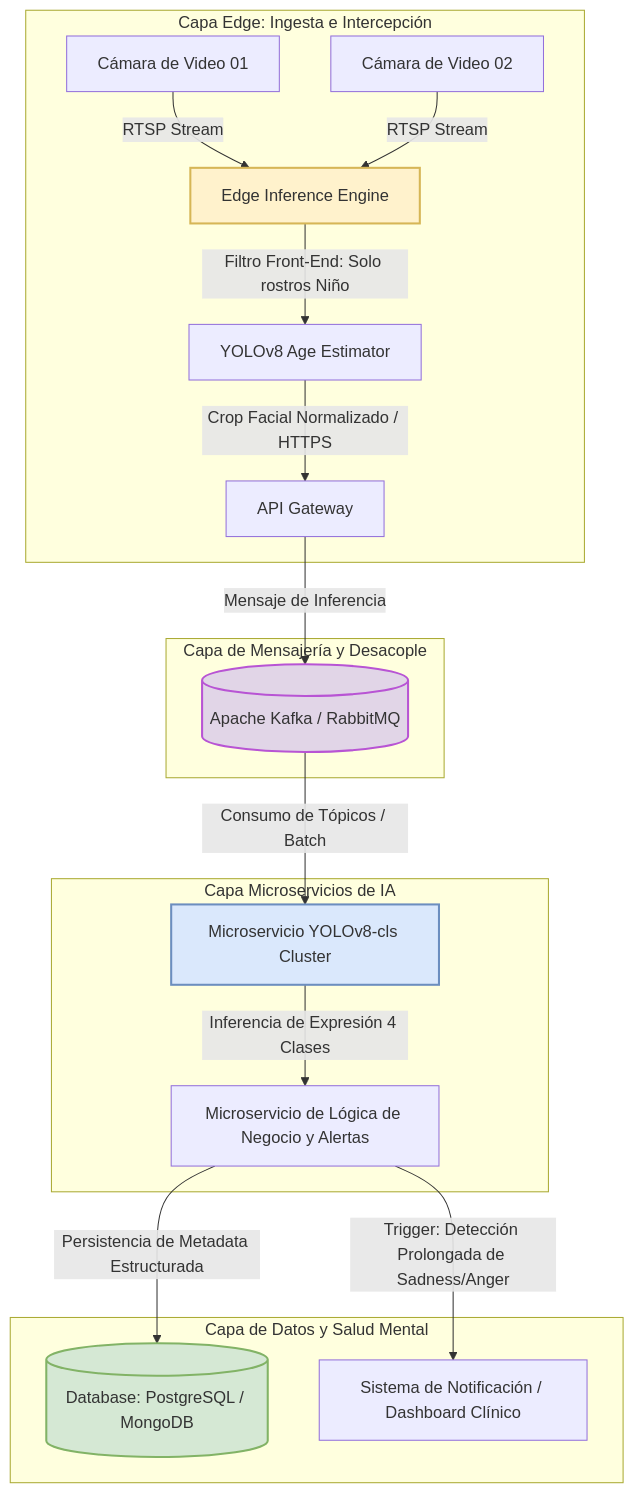
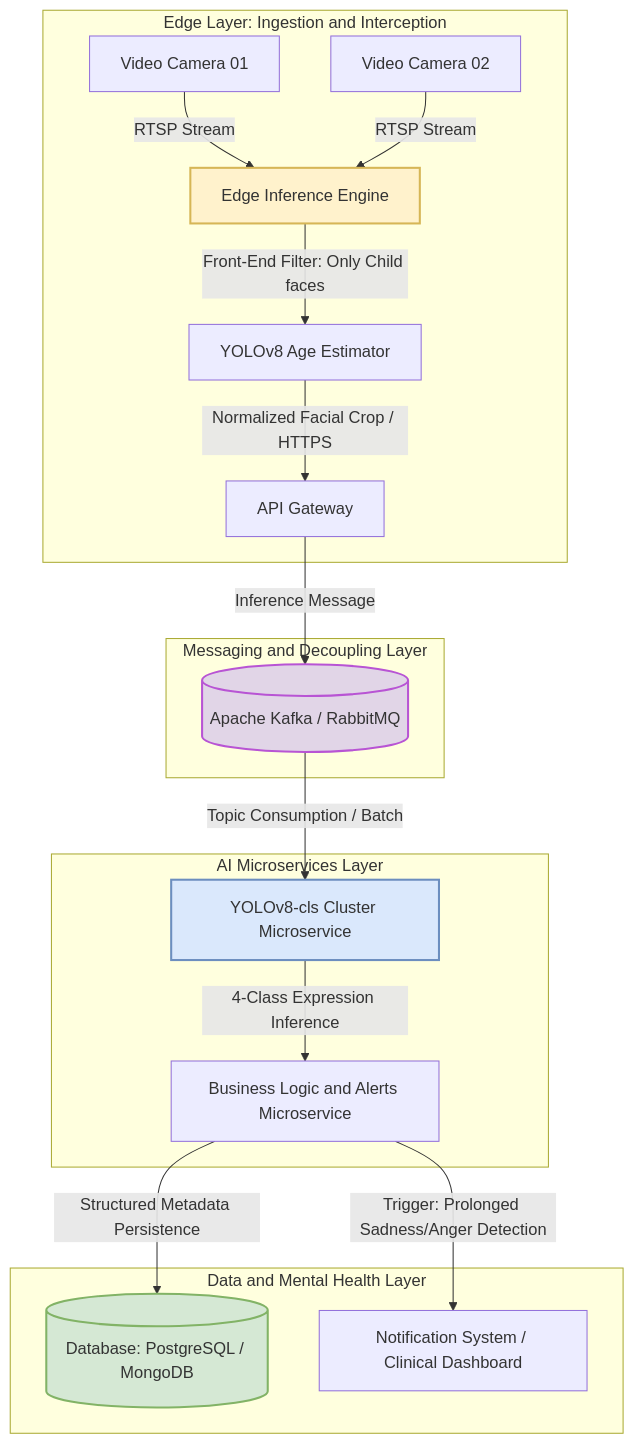
One commit to Deivs117/AI-Driven-Children-s-Emotion-Recognition changed the third of 3 diagrams in README.md. Above: the diagram before and after it, drawn with Mermaid. The commit also changed other lines of this file, not shown here.

````diff
--- a/README.md
+++ b/README.md
@@ -158,29 +155,29 @@
 ```mermaid
 graph TD
-    subgraph Edge_Layer [Capa Edge: Ingesta e Intercepción]
-        C1[Cámara de Video 01] --> |RTSP Stream| IE[Edge Inference Engine]
-        C2[Cámara de Video 02] --> |RTSP Stream| IE
-        IE --> |Filtro Front-End: Solo rostros Niño| Y_Age[YOLOv8 Age Estimator]
-        Y_Age --> |Crop Facial Normalizado / HTTPS| API_GW[API Gateway]
+    subgraph Edge_Layer [Edge Layer: Ingestion and Interception]
+        C1[Video Camera 01] --> |RTSP Stream| IE[Edge Inference Engine]
+        C2[Video Camera 02] --> |RTSP Stream| IE
+        IE --> |Front-End Filter: Only Child faces| Y_Age[YOLOv8 Age Estimator]
+        Y_Age --> |Normalized Facial Crop / HTTPS| API_GW[API Gateway]
     end
 
-    subgraph Cloud_Ingestion_Layer [Capa de Mensajería y Desacople]
-        API_GW --> |Mensaje de Inferencia| Broker[(Apache Kafka / RabbitMQ)]
+    subgraph Cloud_Ingestion_Layer [Messaging and Decoupling Layer]
+        API_GW --> |Inference Message| Broker[(Apache Kafka / RabbitMQ)]
     end
 
-    subgraph AI_Inference_Cluster [Capa Microservicios de IA]
-        Broker --> |Consumo de Tópicos / Batch| MS_Emotion[Microservicio YOLOv8-cls Cluster]
-        MS_Emotion --> |Inferencia de Expresión 4 Clases| MS_Biz[Microservicio de Lógica de Negocio y Alertas]
+    subgraph AI_Inference_Cluster [AI Microservices Layer]
+        Broker --> |Topic Consumption / Batch| MS_Emotion[YOLOv8-cls Cluster Microservice]
+        MS_Emotion --> |4-Class Expression Inference| MS_Biz[Business Logic and Alerts Microservice]
     end
 
-    subgraph Storage_Clinic_Layer [Capa de Datos y Salud Mental]
-        MS_Biz --> |Persistencia de Metadata Estructurada| DB_Clinic[(Database: PostgreSQL / MongoDB)]
-        MS_Biz --> |Trigger: Detección Prolongada de Sadness/Anger| Alert[Sistema de Notificación / Dashboard Clínico]
+    subgraph Storage_Clinic_Layer [Data and Mental Health Layer]
+        MS_Biz --> |Structured Metadata Persistence| DB_Clinic[(Database: PostgreSQL / MongoDB)]
+        MS_Biz --> |Trigger: Prolonged Sadness/Anger Detection| Alert[Notification System / Clinical Dashboard]
     end
 
     style IE fill:#fff2cc,stroke:#d6b656,stroke-width:2px
     style Broker fill:#e1d5e7,stroke:#b854d4,stroke-width:2px
     style MS_Emotion fill:#dae8fc,stroke:#6c8ebf,stroke-width:2px
     style DB_Clinic fill:#d5e8d4,stroke:#82b366,stroke-width:2px
 
 ```
````
